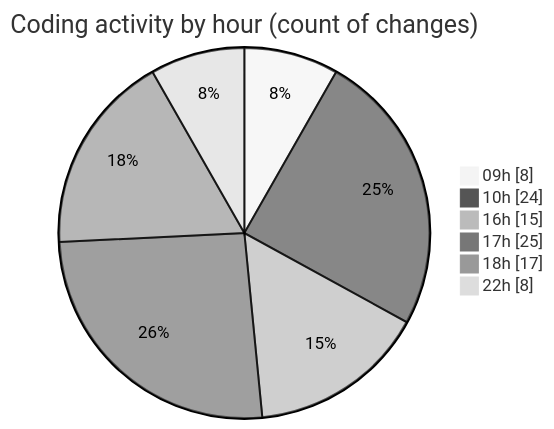
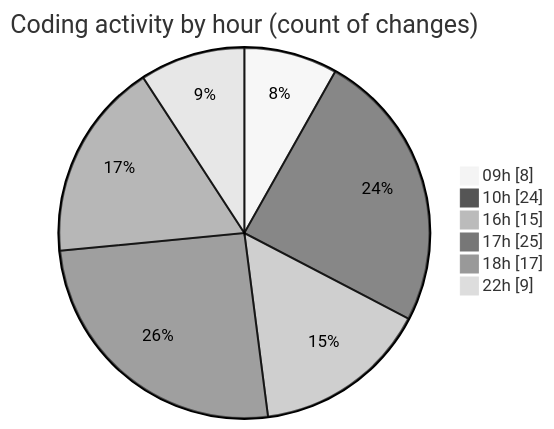
One commit to julien-gomy/code-tracking changed the second of 2 diagrams in 2025-10-09/eventscop-frontend-guide__workspace_/README.md. Above: the diagram before and after it, drawn with Mermaid (neutral theme). The commit also changed other lines of this file and 1 other file, not shown here.

````diff
--- a/2025-10-09/eventscop-frontend-guide__workspace_/README.md
+++ b/2025-10-09/eventscop-frontend-guide__workspace_/README.md
@@ -62,10 +63,10 @@
 ```mermaid
 pie showData
 title Coding activity by hour (count of changes)
 "09h" : 8
 "10h" : 24
 "16h" : 15
 "17h" : 25
 "18h" : 17
-"22h" : 8
+"22h" : 9
 ```
````
